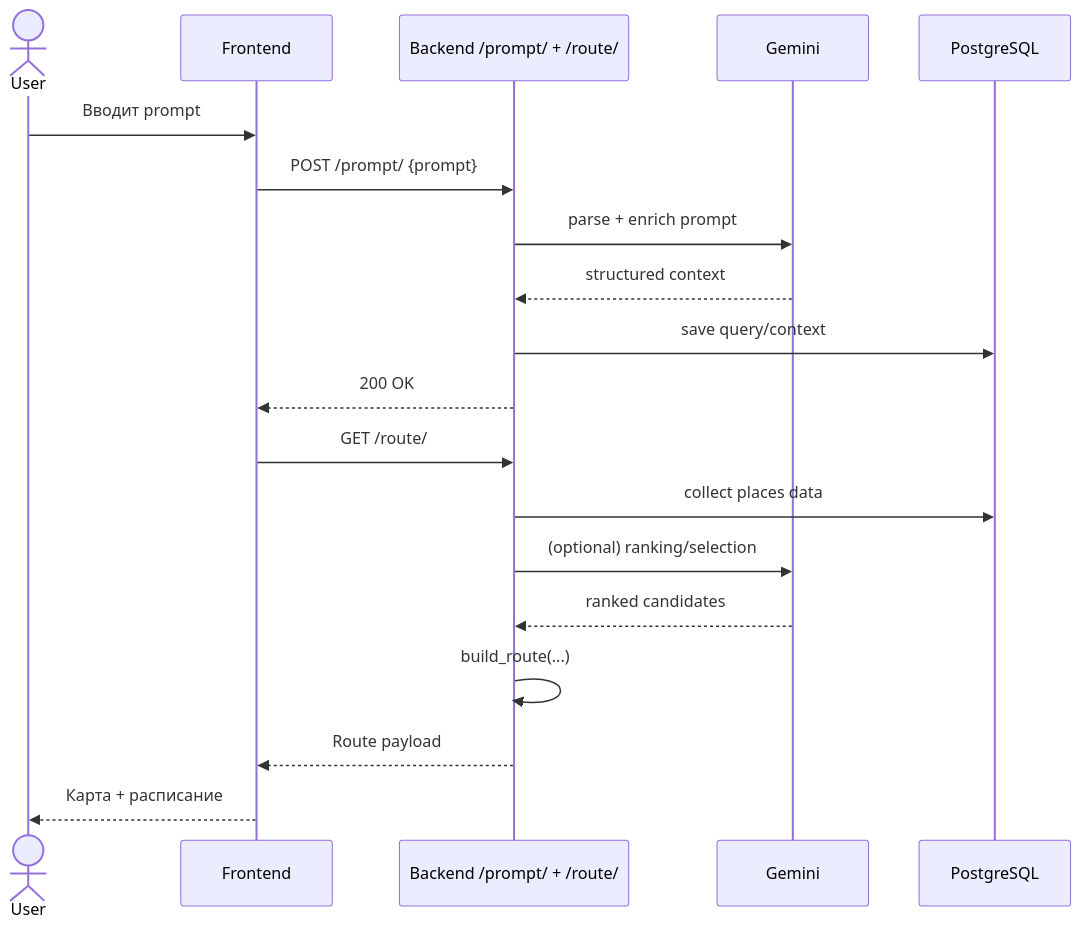
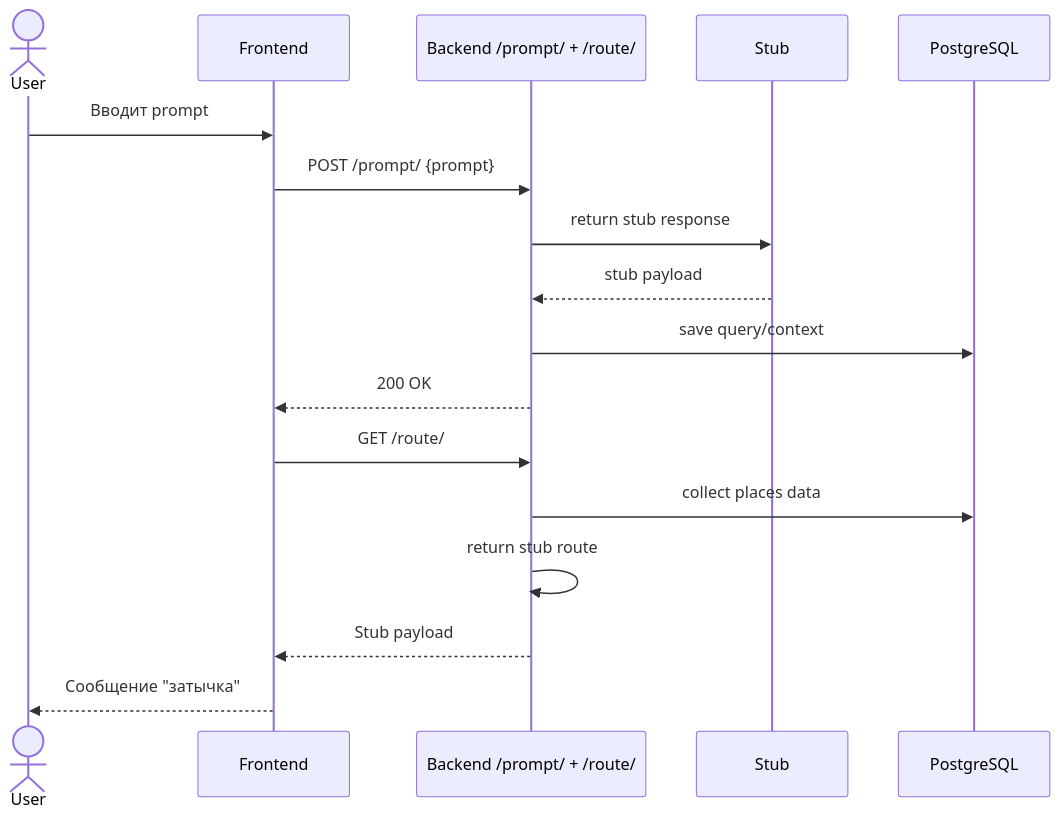
One commit to ArtiomVlasov/trip-planner changed the third of 5 diagrams in docs/architecture/uml-text.md. Above: the diagram before and after it, drawn with Mermaid. The commit also changed other lines of this file and 33 other files, not shown here.

````diff
--- a/docs/architecture/uml-text.md
+++ b/docs/architecture/uml-text.md
@@ -52,23 +52,21 @@
 ```mermaid
 sequenceDiagram
     actor User
     participant FE as Frontend
     participant BE as Backend /prompt/ + /route/
-    participant AI as Gemini
+    participant AI as Stub
     participant DB as PostgreSQL
 
     User->>FE: Вводит prompt
     FE->>BE: POST /prompt/ {prompt}
-    BE->>AI: parse + enrich prompt
-    AI-->>BE: structured context
+    BE->>AI: return stub response
+    AI-->>BE: stub payload
     BE->>DB: save query/context
     BE-->>FE: 200 OK
 
     FE->>BE: GET /route/
     BE->>DB: collect places data
-    BE->>AI: (optional) ranking/selection
-    AI-->>BE: ranked candidates
-    BE->>BE: build_route(...)
-    BE-->>FE: Route payload
-    FE-->>User: Карта + расписание
+    BE->>BE: return stub route
+    BE-->>FE: Stub payload
+    FE-->>User: Сообщение "затычка"
 ```
````
